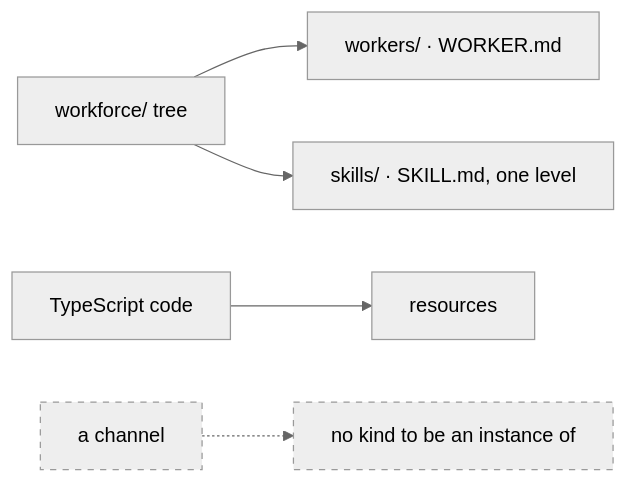
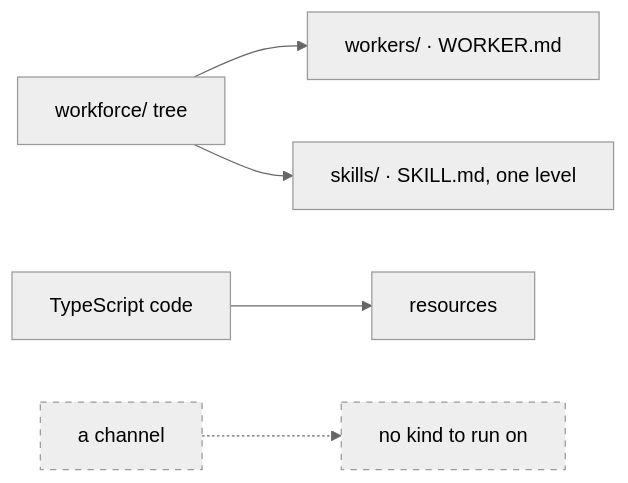
The first of 4 diagrams in spec/_epics/file-convention-surface.explainer.md (fixpoint-labs/flow-state-dev), drawn with Mermaid (neutral theme) before and after one commit. The commit also changed other lines of this file and 1 other file, not shown here.

````diff
--- a/spec/_epics/file-convention-surface.explainer.md
+++ b/spec/_epics/file-convention-surface.explainer.md
@@ -11,10 +11,10 @@
 ```mermaid
 flowchart LR
   TREE["workforce/ tree"] --> W["workers/ · WORKER.md"]
   TREE --> SK["skills/ · SKILL.md, one level"]
   CODE["TypeScript code"] --> RES["resources"]
   CH["a channel"]
-  CH -.-> KIND["no kind to be an instance of"]
+  CH -.-> KIND["no kind to run on"]
   classDef none stroke-dasharray:5 5
   class CH,KIND none
 ```
````
